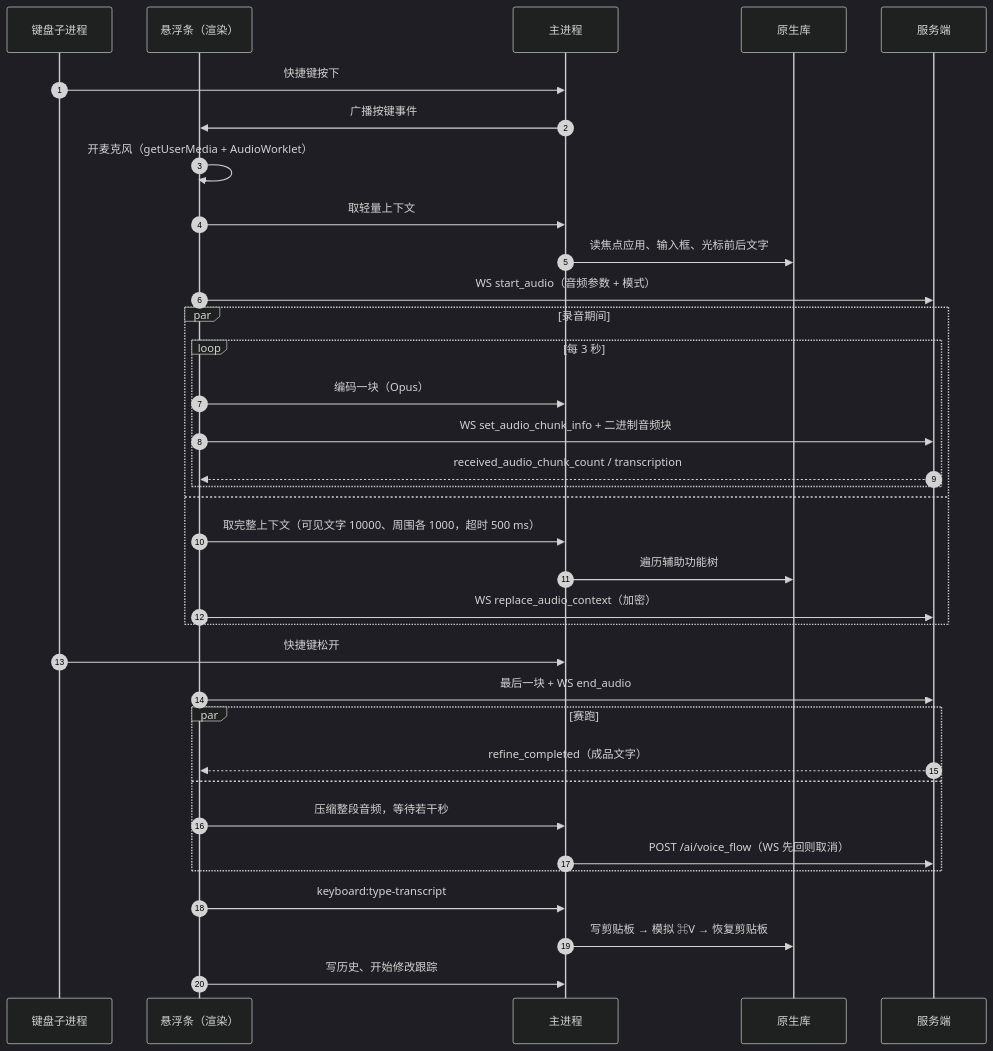
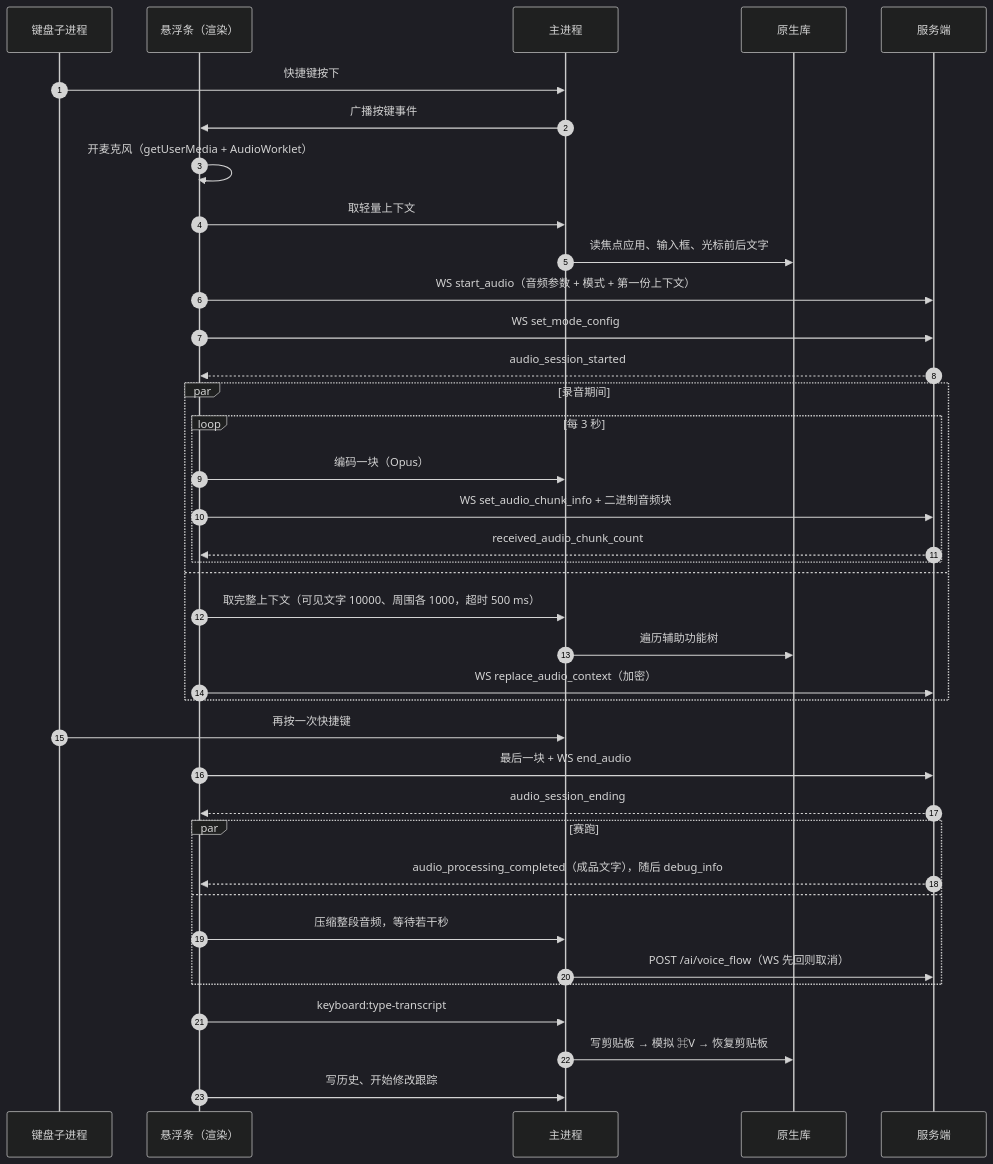
The diagram in targets/typeless/docs/04-voice-pipeline.md (GavinMo1/speakmore), drawn with Mermaid (dark theme) before and after one commit. The commit also changed other lines of this file and 10 other files, not shown here.

````diff
--- a/targets/typeless/docs/04-voice-pipeline.md
+++ b/targets/typeless/docs/04-voice-pipeline.md
@@ -7,38 +7,41 @@
 ```mermaid
 sequenceDiagram
   autonumber
   participant K as 键盘子进程
   participant B as 悬浮条（渲染）
   participant M as 主进程
   participant N as 原生库
   participant S as 服务端
 
   K->>M: 快捷键按下
   M->>B: 广播按键事件
   B->>B: 开麦克风（getUserMedia + AudioWorklet）
   B->>M: 取轻量上下文
   M->>N: 读焦点应用、输入框、光标前后文字
-  B->>S: WS start_audio（音频参数 + 模式）
+  B->>S: WS start_audio（音频参数 + 模式 + 第一份上下文）
+  B->>S: WS set_mode_config
+  S-->>B: audio_session_started
   par 录音期间
     loop 每 3 秒
       B->>M: 编码一块（Opus）
       B->>S: WS set_audio_chunk_info + 二进制音频块
-      S-->>B: received_audio_chunk_count / transcription
+      S-->>B: received_audio_chunk_count
     end
   and
     B->>M: 取完整上下文（可见文字 10000、周围各 1000，超时 500 ms）
     M->>N: 遍历辅助功能树
     B->>S: WS replace_audio_context（加密）
   end
-  K->>M: 快捷键松开
+  K->>M: 再按一次快捷键
   B->>S: 最后一块 + WS end_audio
+  S-->>B: audio_session_ending
   par 赛跑
-    S-->>B: refine_completed（成品文字）
+    S-->>B: audio_processing_completed（成品文字），随后 debug_info
   and
     B->>M: 压缩整段音频，等待若干秒
     M->>S: POST /ai/voice_flow（WS 先回则取消）
   end
   B->>M: keyboard:type-transcript
   M->>N: 写剪贴板 → 模拟 ⌘V → 恢复剪贴板
   B->>M: 写历史、开始修改跟踪
 ```
````
